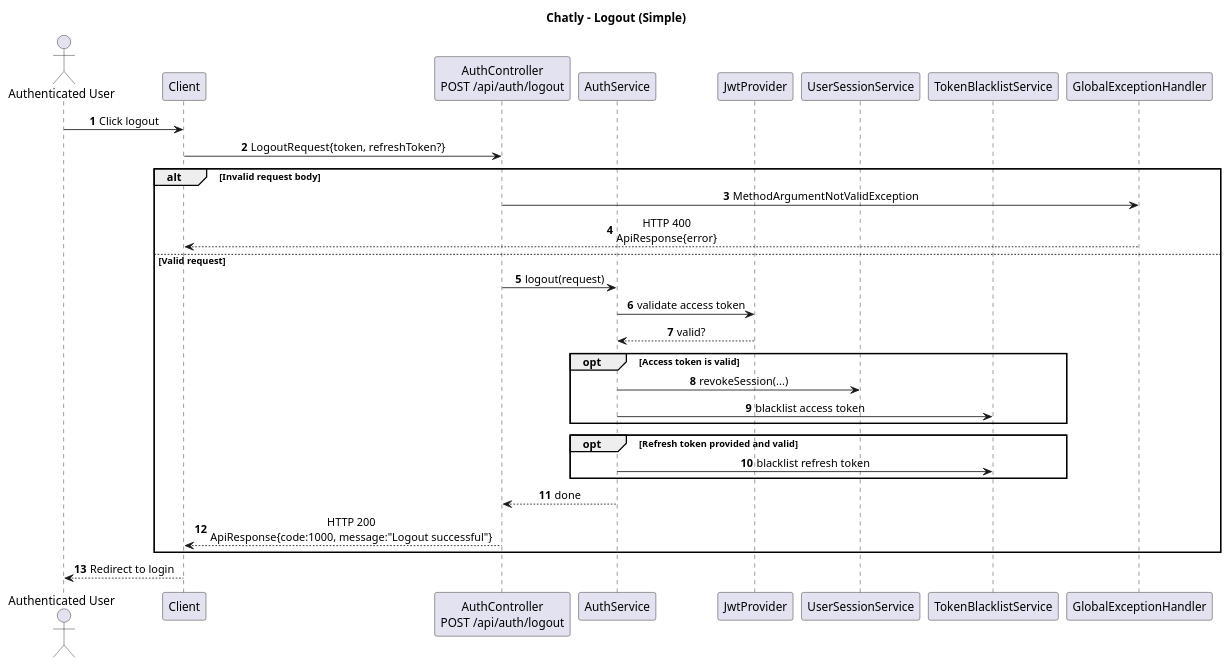
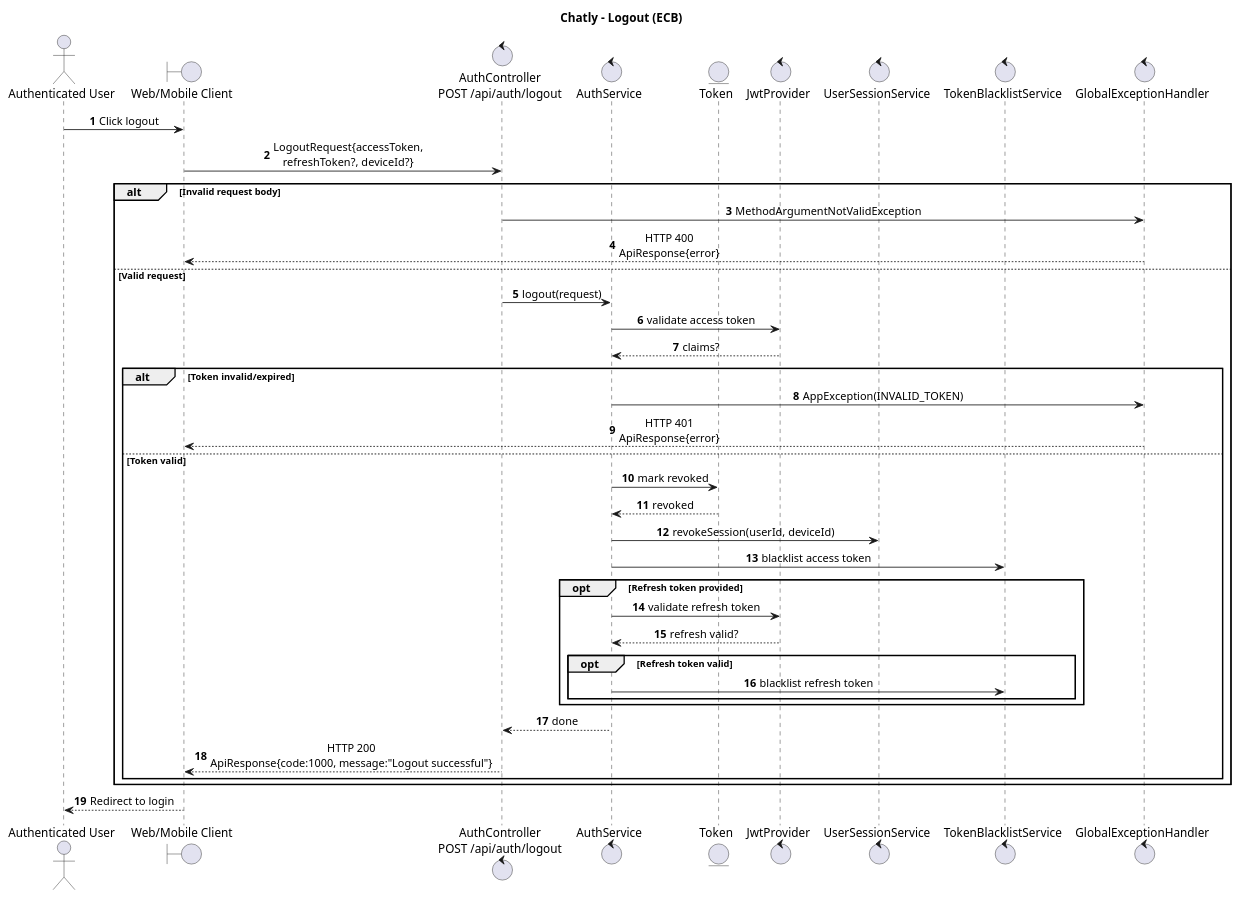
One commit to giasinguyen/chatly-messaging-platform changed the diagram in _resources/diagram/Chatly_Sequence_Logout.puml. Above: the diagram before and after it, drawn with PlantUML. The commit also changed 13 other files, not shown here.

First line of the commit message:
Refactor sequence diagrams and update story privacy handling

```diff
--- a/_resources/diagram/Chatly_Sequence_Logout.puml
+++ b/_resources/diagram/Chatly_Sequence_Logout.puml
@@ -1,43 +1,50 @@
 @startuml Chatly_Sequence_Logout
-title Chatly - Logout (Simple)
+title Chatly - Logout (ECB)
 
 autonumber
 skinparam sequenceMessageAlign center
 skinparam responseMessageBelowArrow true
 
-actor "Authenticated User" as U
-participant "Client" as Client
-participant "AuthController\nPOST /api/auth/logout" as AuthController
-participant "AuthService" as AuthService
-participant "JwtProvider" as JwtProvider
-participant "UserSessionService" as SessionService
-participant "TokenBlacklistService" as BlacklistService
-participant "GlobalExceptionHandler" as ExceptionHandler
+actor "Authenticated User" as User
+boundary "Web/Mobile Client" as Client
+control "AuthController\nPOST /api/auth/logout" as AuthController
+control "AuthService" as AuthService
+entity "Token" as TokenEntity
+control "JwtProvider" as JwtProvider
+control "UserSessionService" as SessionService
+control "TokenBlacklistService" as BlacklistService
+control "GlobalExceptionHandler" as ExceptionHandler
 
-U -> Client: Click logout
-Client -> AuthController: LogoutRequest{token, refreshToken?}
+User -> Client: Click logout
+Client -> AuthController: LogoutRequest{accessToken,\nrefreshToken?, deviceId?}
 
 alt Invalid request body
   AuthController -> ExceptionHandler: MethodArgumentNotValidException
   ExceptionHandler --> Client: HTTP 400\nApiResponse{error}
 else Valid request
   AuthController -> AuthService: logout(request)
   AuthService -> JwtProvider: validate access token
-  JwtProvider --> AuthService: valid?
-
-  opt Access token is valid
-    AuthService -> SessionService: revokeSession(...)
+  JwtProvider --> AuthService: claims?
+  alt Token invalid/expired
+    AuthService -> ExceptionHandler: AppException(INVALID_TOKEN)
+    ExceptionHandler --> Client: HTTP 401\nApiResponse{error}
+  else Token valid
+    AuthService -> TokenEntity: mark revoked
+    TokenEntity --> AuthService: revoked
+    AuthService -> SessionService: revokeSession(userId, deviceId)
     AuthService -> BlacklistService: blacklist access token
+    opt Refresh token provided
+      AuthService -> JwtProvider: validate refresh token
+      JwtProvider --> AuthService: refresh valid?
+      opt Refresh token valid
+        AuthService -> BlacklistService: blacklist refresh token
+      end
+    end
+    AuthService --> AuthController: done
+    AuthController --> Client: HTTP 200\nApiResponse{code:1000, message:"Logout successful"}
   end
-
-  opt Refresh token provided and valid
-    AuthService -> BlacklistService: blacklist refresh token
-  end
-
-  AuthService --> AuthController: done
-  AuthController --> Client: HTTP 200\nApiResponse{code:1000, message:"Logout successful"}
 end
 
-Client --> U: Redirect to login
+Client --> User: Redirect to login
 
 @enduml
```
